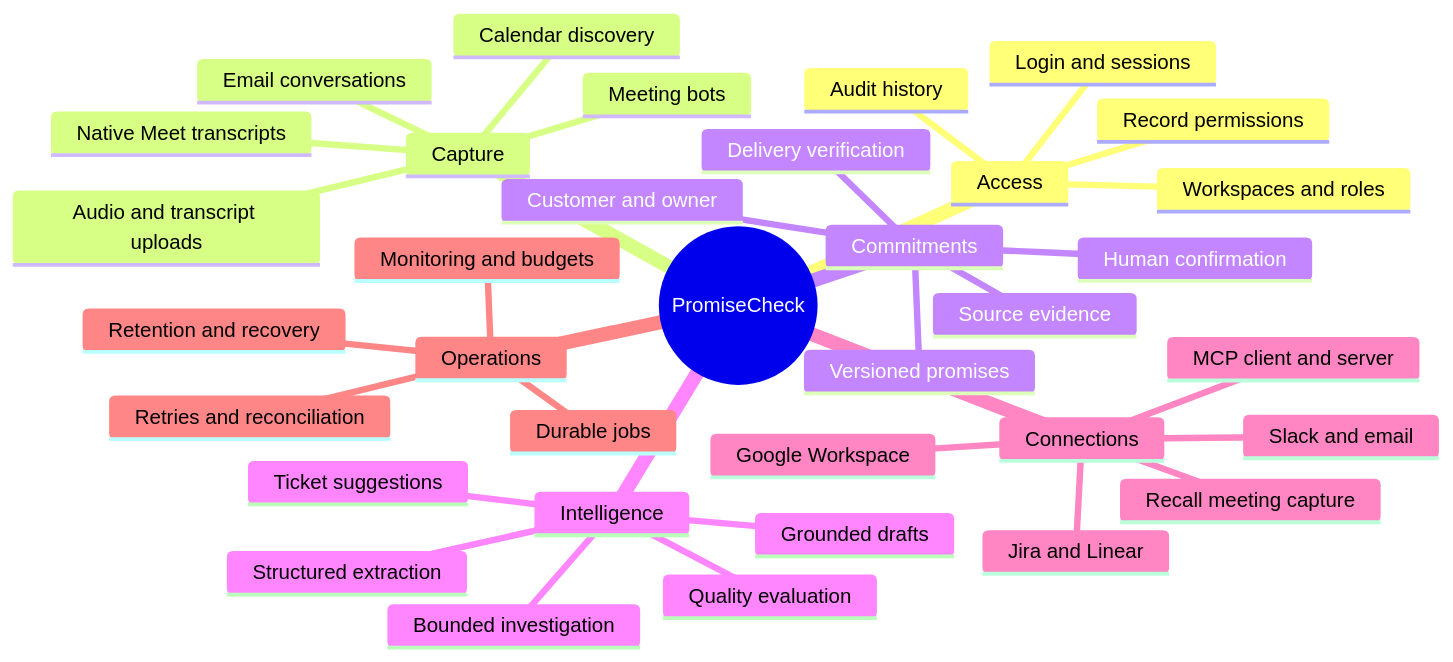
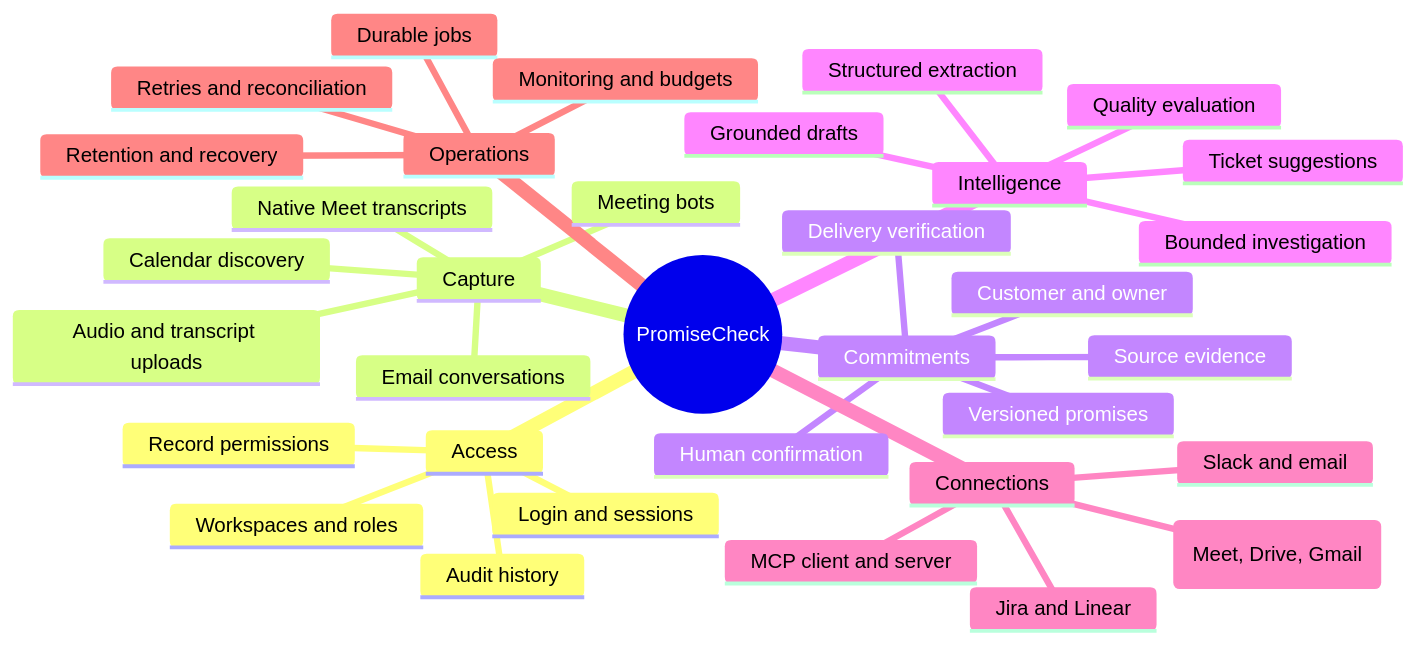
The first of 2 diagrams in README.md (Sayandip05/PromiseCheck), drawn with Mermaid before and after one commit. The commit also changed other lines of this file and 17 other files, not shown here.

Commit message:
feat(integrations): wire Google Drive, enable Linear dynamic connection, and purge Recall

````diff
--- a/README.md
+++ b/README.md
@@ -37,38 +36,37 @@
 ```mermaid
 mindmap
   root((PromiseCheck))
     Access
       Login and sessions
       Workspaces and roles
       Record permissions
       Audit history
     Capture
       Native Meet transcripts
       Meeting bots
       Audio and transcript uploads
       Email conversations
       Calendar discovery
     Commitments
       Source evidence
       Customer and owner
       Human confirmation
       Versioned promises
       Delivery verification
     Intelligence
       Structured extraction
       Ticket suggestions
       Bounded investigation
       Grounded drafts
       Quality evaluation
     Connections
       Jira and Linear
       Slack and email
-      Google Workspace
-      Recall meeting capture
+      Google Workspace (Meet, Drive, Gmail)
       MCP client and server
     Operations
       Durable jobs
       Retries and reconciliation
       Monitoring and budgets
       Retention and recovery
 ```
````
